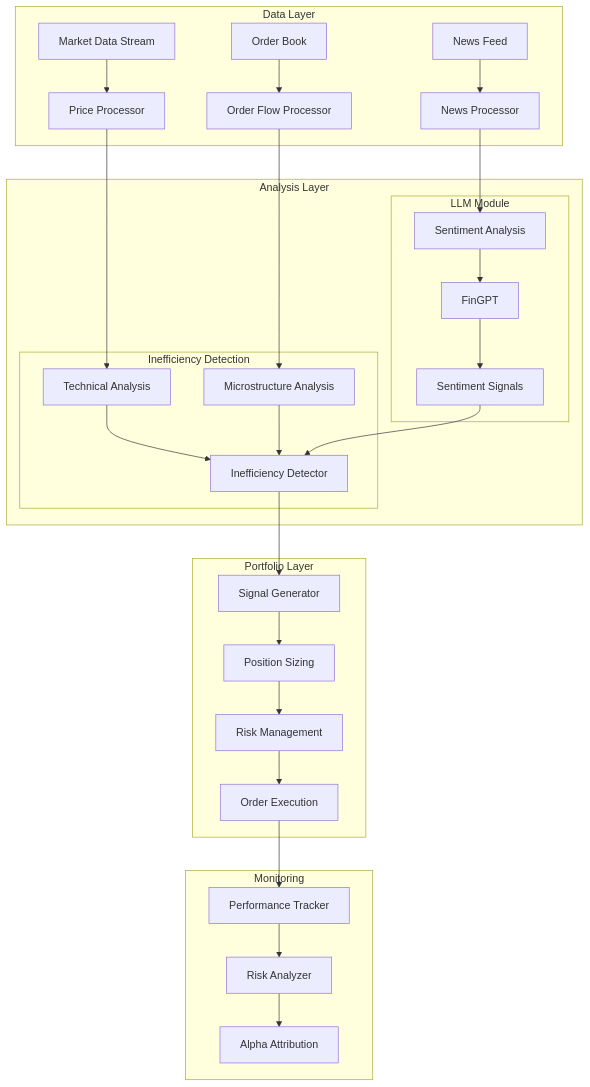
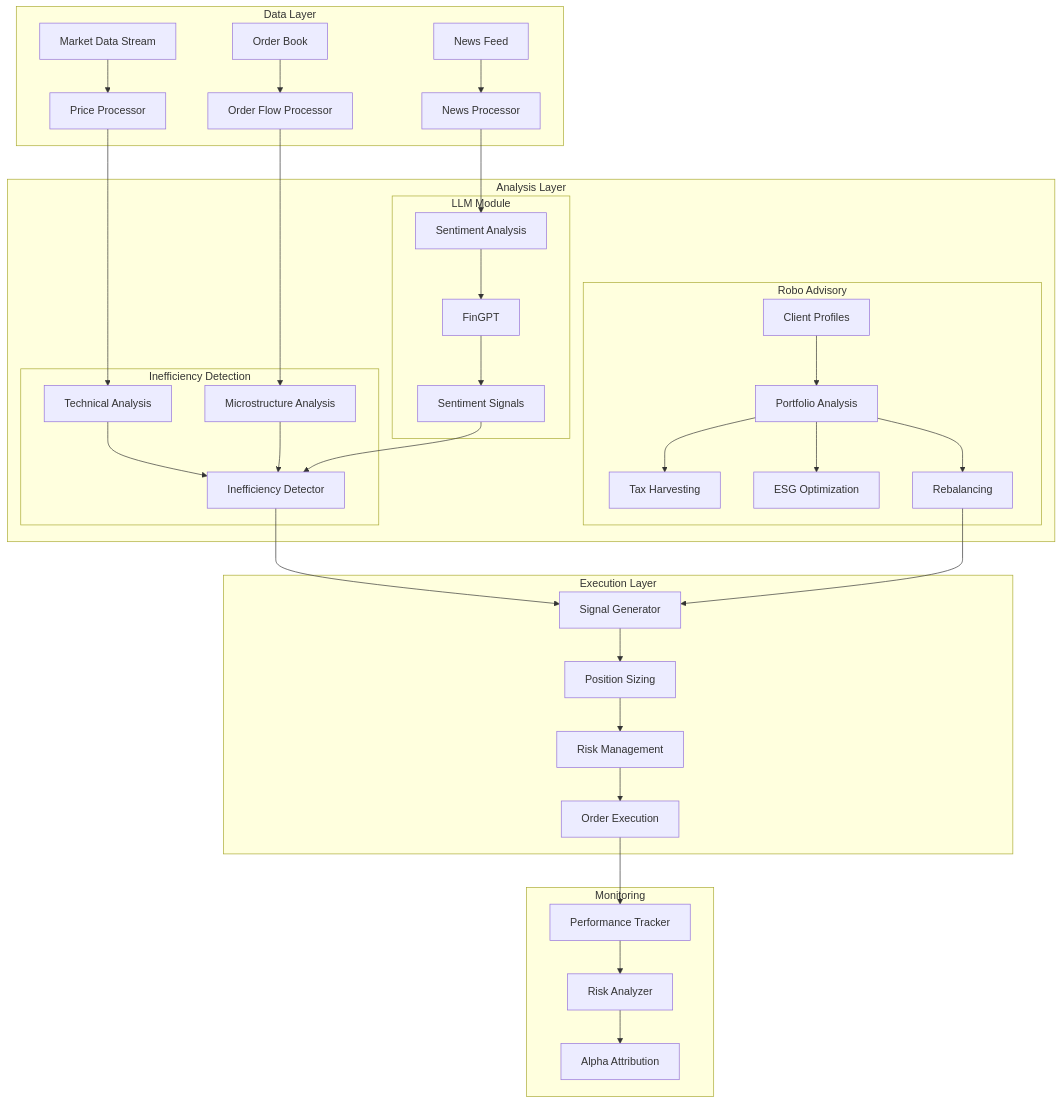
The diagram in README.md (ashioyajotham/fingpt_trader), drawn with Mermaid before and after one commit. The commit also changed other lines of this file and 2 other files, not shown here.

````diff
--- a/README.md
+++ b/README.md
@@ -75,38 +14,46 @@
 ```mermaid
 graph TB
     subgraph Data Layer
         MD[Market Data Stream] --> PP[Price Processor]
         NF[News Feed] --> NP[News Processor]
         OB[Order Book] --> OP[Order Flow Processor]
     end
 
     subgraph Analysis Layer
         PP --> TA[Technical Analysis]
         NP --> SA[Sentiment Analysis]
         OP --> MA[Microstructure Analysis]
         
         subgraph LLM Module
             SA --> FG[FinGPT]
             FG --> SS[Sentiment Signals]
         end
         
         subgraph Inefficiency Detection
             TA --> ID[Inefficiency Detector]
             MA --> ID
             SS --> ID
         end
+
+        subgraph Robo Advisory
+            CP[Client Profiles] --> PA[Portfolio Analysis]
+            PA --> TH[Tax Harvesting]
+            PA --> ESG[ESG Optimization]
+            PA --> RB[Rebalancing]
+        end
     end
 
-    subgraph Portfolio Layer
+    subgraph Execution Layer
         ID --> SG[Signal Generator]
+        RB --> SG
         SG --> PS[Position Sizing]
         PS --> RM[Risk Management]
         RM --> OE[Order Execution]
     end
 
     subgraph Monitoring
         OE --> PT[Performance Tracker]
         PT --> RA[Risk Analyzer]
         RA --> AA[Alpha Attribution]
     end
 ```
````
